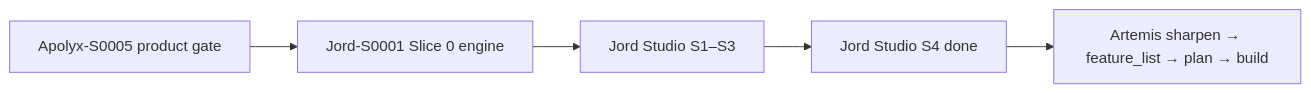
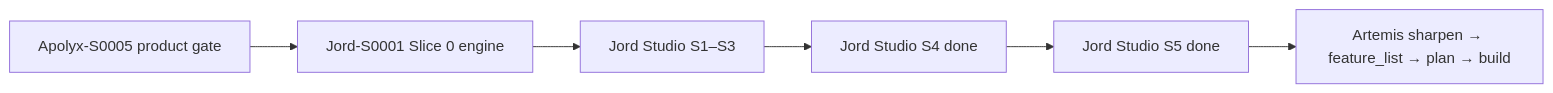
The diagram in Docs/plan/00-roadmap-apolyx-jord-artemis.md (samtheory/altr.lab.turbo.v2), drawn with Mermaid before and after one commit. The commit also changed other lines of this file and 51 other files, not shown here.

Commit message:
✨ complete Jord-S0007 sprint; implement jobs and logs functionality in Jord Studio, enhancing job management capabilities. Update documentation to reflect the new features, including job scheduling and logging, and adjust workspace settings to align with the latest project structure and features.

````diff
--- a/Docs/plan/00-roadmap-apolyx-jord-artemis.md
+++ b/Docs/plan/00-roadmap-apolyx-jord-artemis.md
@@ -21,7 +21,8 @@
 ```mermaid
 flowchart LR
   A5[Apolyx-S0005 product gate] --> J0[Jord-S0001 Slice 0 engine]
   J0 --> JS1[Jord Studio S1–S3]
   JS1 --> JS4[Jord Studio S4 done]
-  JS4 --> Art[Artemis sharpen → feature_list → plan → build]
+  JS4 --> JS5[Jord Studio S5 done]
+  JS5 --> Art[Artemis sharpen → feature_list → plan → build]
 ```
````
